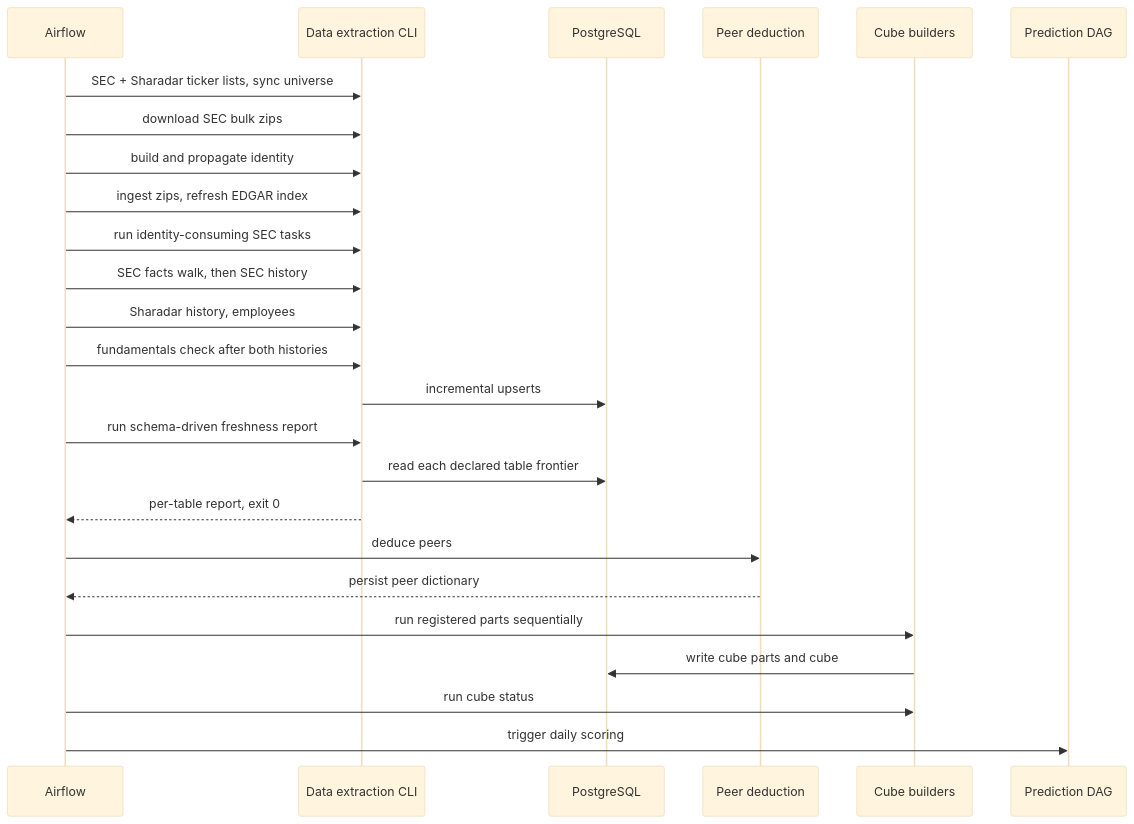
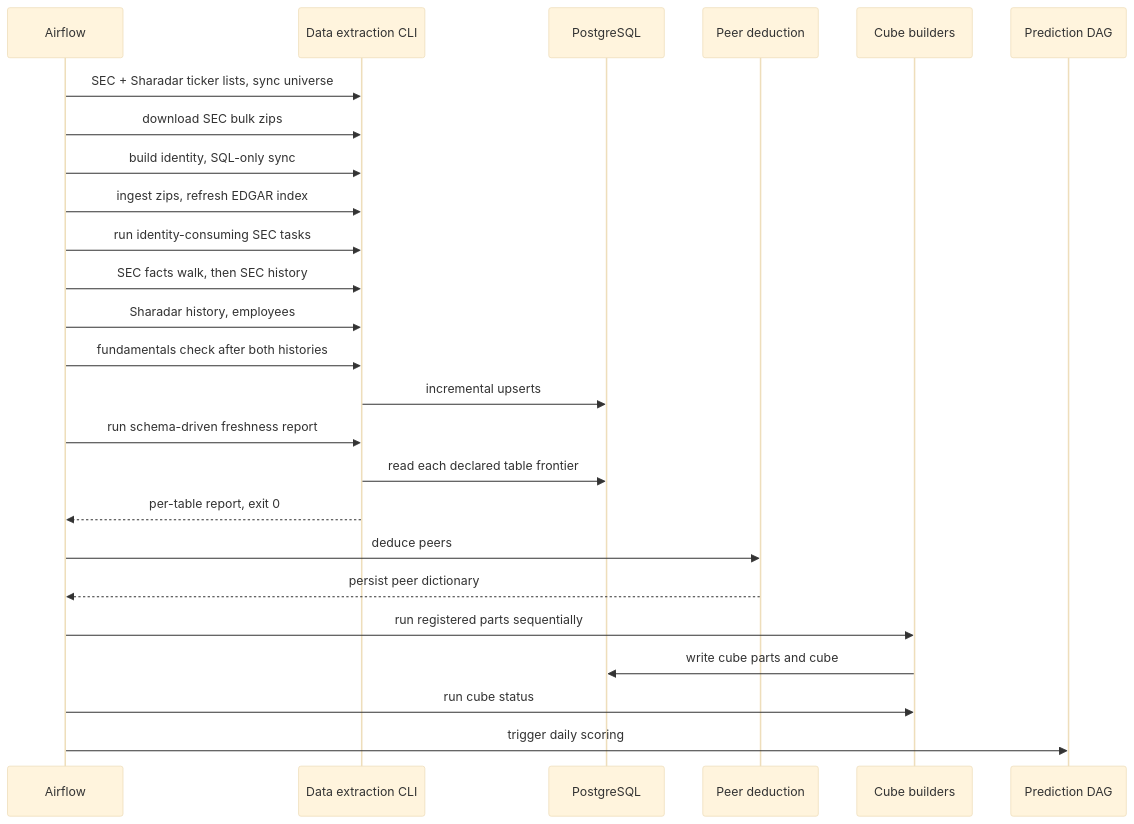
One commit to alexandredelarrard/PEA changed the diagram in wiki/flows/nightly-data-refresh.md. Above: the diagram before and after it, drawn with Mermaid (base theme). The commit also changed other lines of this file and 7 other files, not shown here.

Commit message:
docs(wiki): security-grain storage, SQL-only identity sync, cube ticker mapping and the daily-DAG cutover (P7)

```diff
--- a/wiki/flows/nightly-data-refresh.md
+++ b/wiki/flows/nightly-data-refresh.md
@@ -21,27 +21,27 @@
 ~~~mermaid
 sequenceDiagram
   participant Airflow
   participant Extract as Data extraction CLI
   participant Store as PostgreSQL
   participant Peers as Peer deduction
   participant Cube as Cube builders
   participant Predict as Prediction DAG
   Airflow->>Extract: SEC + Sharadar ticker lists, sync universe
   Airflow->>Extract: download SEC bulk zips
-  Airflow->>Extract: build and propagate identity
+  Airflow->>Extract: build identity, SQL-only sync
   Airflow->>Extract: ingest zips, refresh EDGAR index
   Airflow->>Extract: run identity-consuming SEC tasks
   Airflow->>Extract: SEC facts walk, then SEC history
   Airflow->>Extract: Sharadar history, employees
   Airflow->>Extract: fundamentals check after both histories
   Extract->>Store: incremental upserts
   Airflow->>Extract: run schema-driven freshness report
   Extract->>Store: read each declared table frontier
   Extract-->>Airflow: per-table report, exit 0
   Airflow->>Peers: deduce peers
   Peers-->>Airflow: persist peer dictionary
   Airflow->>Cube: run registered parts sequentially
   Cube->>Store: write cube parts and cube
   Airflow->>Cube: run cube status
   Airflow->>Predict: trigger daily scoring
 ~~~
```
